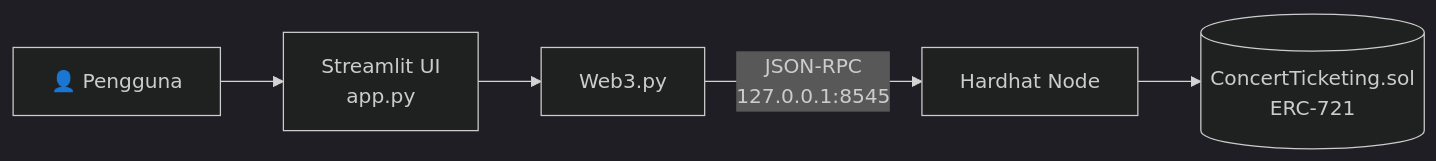
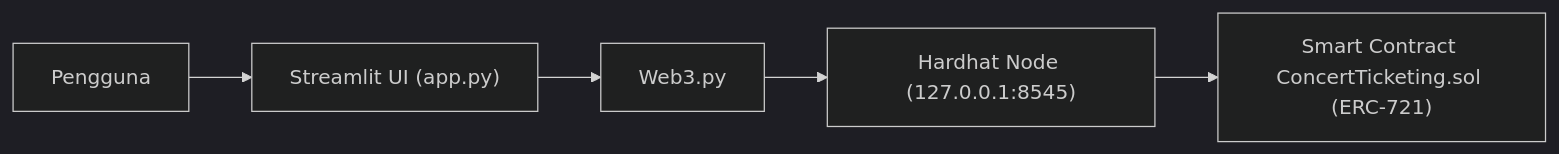
The second of 2 diagrams in Tugas6/README.md (MuchmenAdrians/BlockChain_Kelompok-5), drawn with Mermaid (dark theme) before and after one commit. The commit also changed other lines of this file, not shown here.

````diff
--- a/Tugas6/README.md
+++ b/Tugas6/README.md
@@ -94,7 +94,7 @@
 ```mermaid
 flowchart LR
-    U[👤 Pengguna] --> S[Streamlit UI<br/>app.py]
-    S --> W[Web3.py]
-    W -->|JSON-RPC<br/>127.0.0.1:8545| N[Hardhat Node]
-    N --> C[(ConcertTicketing.sol<br/>ERC-721)]
+    U["Pengguna"] --> S["Streamlit UI (app.py)"]
+    S --> W["Web3.py"]
+    W --> N["Hardhat Node (127.0.0.1:8545)"]
+    N --> C["Smart Contract ConcertTicketing.sol (ERC-721)"]
 ```
````
